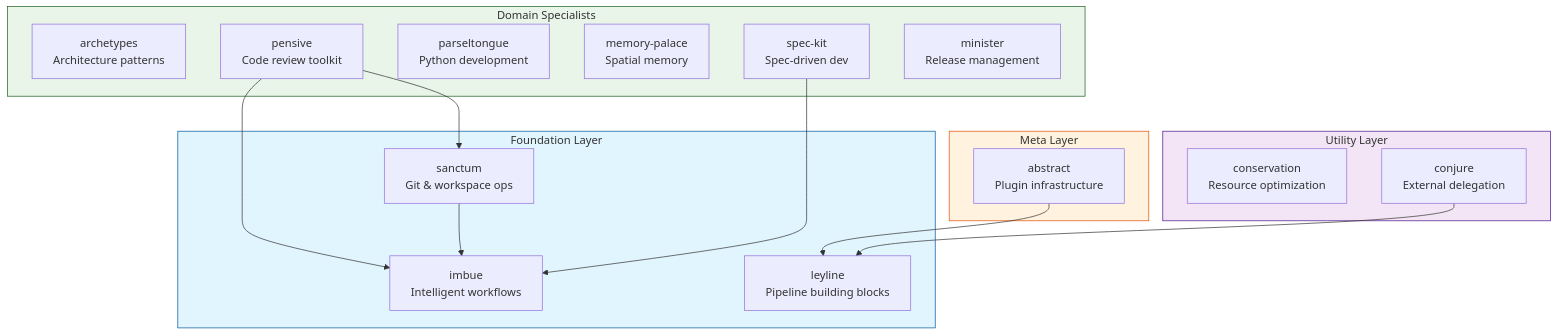
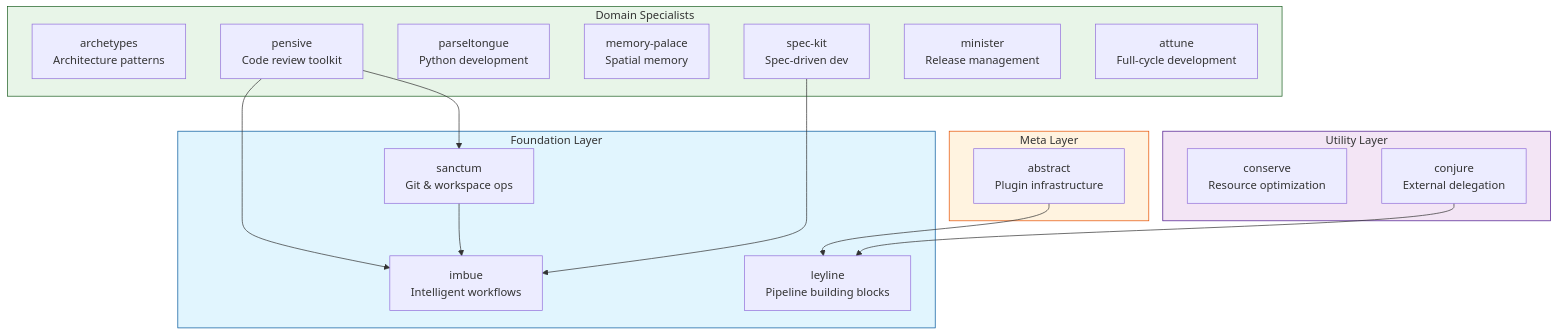
One commit to athola/claude-night-market changed the diagram in book/src/plugins/README.md. Above: the diagram before and after it, drawn with Mermaid. The commit also changed other lines of this file and 194 other files, not shown here.

````diff
--- a/book/src/plugins/README.md
+++ b/book/src/plugins/README.md
@@ -7,38 +7,39 @@
 ```mermaid
 graph TB
     subgraph Meta[Meta Layer]
         abstract[abstract<br/>Plugin infrastructure]
     end
 
     subgraph Foundation[Foundation Layer]
         imbue[imbue<br/>Intelligent workflows]
         sanctum[sanctum<br/>Git & workspace ops]
         leyline[leyline<br/>Pipeline building blocks]
     end
 
     subgraph Utility[Utility Layer]
-        conservation[conservation<br/>Resource optimization]
+        conserve[conserve<br/>Resource optimization]
         conjure[conjure<br/>External delegation]
     end
 
     subgraph Domain[Domain Specialists]
         archetypes[archetypes<br/>Architecture patterns]
         pensive[pensive<br/>Code review toolkit]
         parseltongue[parseltongue<br/>Python development]
         memory_palace[memory-palace<br/>Spatial memory]
         spec_kit[spec-kit<br/>Spec-driven dev]
         minister[minister<br/>Release management]
+        attune[attune<br/>Full-cycle development]
     end
 
     abstract --> leyline
     pensive --> imbue
     pensive --> sanctum
     sanctum --> imbue
     conjure --> leyline
     spec_kit --> imbue
 
     style Meta fill:#fff3e0,stroke:#e65100
     style Foundation fill:#e1f5fe,stroke:#01579b
     style Utility fill:#f3e5f5,stroke:#4a148c
     style Domain fill:#e8f5e8,stroke:#1b5e20
 ```
````
